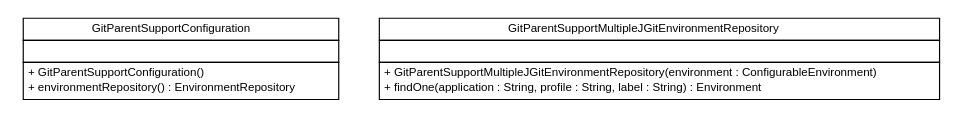
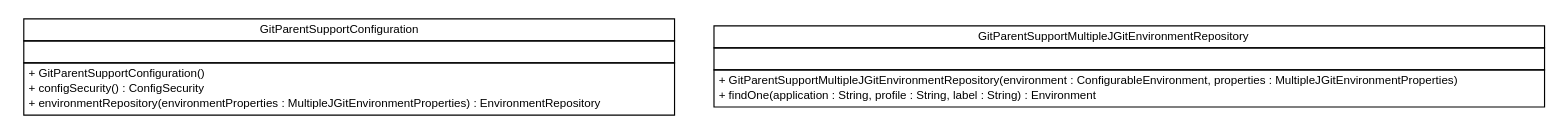
One commit to sfeng9d/spring-cloud-config changed the diagram in snapshot/build-docker/maven-build-java8/spring-cloud-config/spring-cloud-config-server/apidocs/cn/home1/cloud/config/server/environment/cn.home1.cloud.config.server.environment.dot. Above: the diagram before and after it, drawn with Graphviz. The commit also changed 215 other files, not shown here.

```diff
--- a/snapshot/build-docker/maven-build-java8/spring-cloud-config/spring-cloud-config-server/apidocs/cn/home1/cloud/config/server/environment/cn.home1.cloud.config.server.environment.dot
+++ b/snapshot/build-docker/maven-build-java8/spring-cloud-config/spring-cloud-config-server/apidocs/cn/home1/cloud/config/server/environment/cn.home1.cloud.config.server.environment.dot
@@ -1,38 +1,39 @@
 #!/usr/local/bin/dot
 #
 # Class diagram 
 # Generated by UMLGraph version R5_6-24-gf6e263 (http://www.umlgraph.org/)
 #
 
 digraph G {
 	edge [fontname="Helvetica",fontsize=10,labelfontname="Helvetica",labelfontsize=10];
 	node [fontname="Helvetica",fontsize=10,shape=plaintext];
 	nodesep=0.25;
 	ranksep=0.5;
 	// cn.home1.cloud.config.server.environment.GitParentSupportConfiguration
 	c19 [label=<<table title="cn.home1.cloud.config.server.environment.GitParentSupportConfiguration" border="0" cellborder="1" cellspacing="0" cellpadding="2" port="p" href="./GitParentSupportConfiguration.html">
 		<tr><td><table border="0" cellspacing="0" cellpadding="1">
 <tr><td align="center" balign="center"> GitParentSupportConfiguration </td></tr>
 		</table></td></tr>
 		<tr><td><table border="0" cellspacing="0" cellpadding="1">
 <tr><td align="left" balign="left">  </td></tr>
 		</table></td></tr>
 		<tr><td><table border="0" cellspacing="0" cellpadding="1">
 <tr><td align="left" balign="left"> + GitParentSupportConfiguration() </td></tr>
-<tr><td align="left" balign="left"> + environmentRepository() : EnvironmentRepository </td></tr>
+<tr><td align="left" balign="left"> + configSecurity() : ConfigSecurity </td></tr>
+<tr><td align="left" balign="left"> + environmentRepository(environmentProperties : MultipleJGitEnvironmentProperties) : EnvironmentRepository </td></tr>
 		</table></td></tr>
 		</table>>, URL="./GitParentSupportConfiguration.html", fontname="Helvetica", fontcolor="black", fontsize=10.0];
 	// cn.home1.cloud.config.server.environment.GitParentSupportMultipleJGitEnvironmentRepository
 	c20 [label=<<table title="cn.home1.cloud.config.server.environment.GitParentSupportMultipleJGitEnvironmentRepository" border="0" cellborder="1" cellspacing="0" cellpadding="2" port="p" href="./GitParentSupportMultipleJGitEnvironmentRepository.html">
 		<tr><td><table border="0" cellspacing="0" cellpadding="1">
 <tr><td align="center" balign="center"> GitParentSupportMultipleJGitEnvironmentRepository </td></tr>
 		</table></td></tr>
 		<tr><td><table border="0" cellspacing="0" cellpadding="1">
 <tr><td align="left" balign="left">  </td></tr>
 		</table></td></tr>
 		<tr><td><table border="0" cellspacing="0" cellpadding="1">
-<tr><td align="left" balign="left"> + GitParentSupportMultipleJGitEnvironmentRepository(environment : ConfigurableEnvironment) </td></tr>
+<tr><td align="left" balign="left"> + GitParentSupportMultipleJGitEnvironmentRepository(environment : ConfigurableEnvironment, properties : MultipleJGitEnvironmentProperties) </td></tr>
 <tr><td align="left" balign="left"> + findOne(application : String, profile : String, label : String) : Environment </td></tr>
 		</table></td></tr>
 		</table>>, URL="./GitParentSupportMultipleJGitEnvironmentRepository.html", fontname="Helvetica", fontcolor="black", fontsize=10.0];
 }
```
